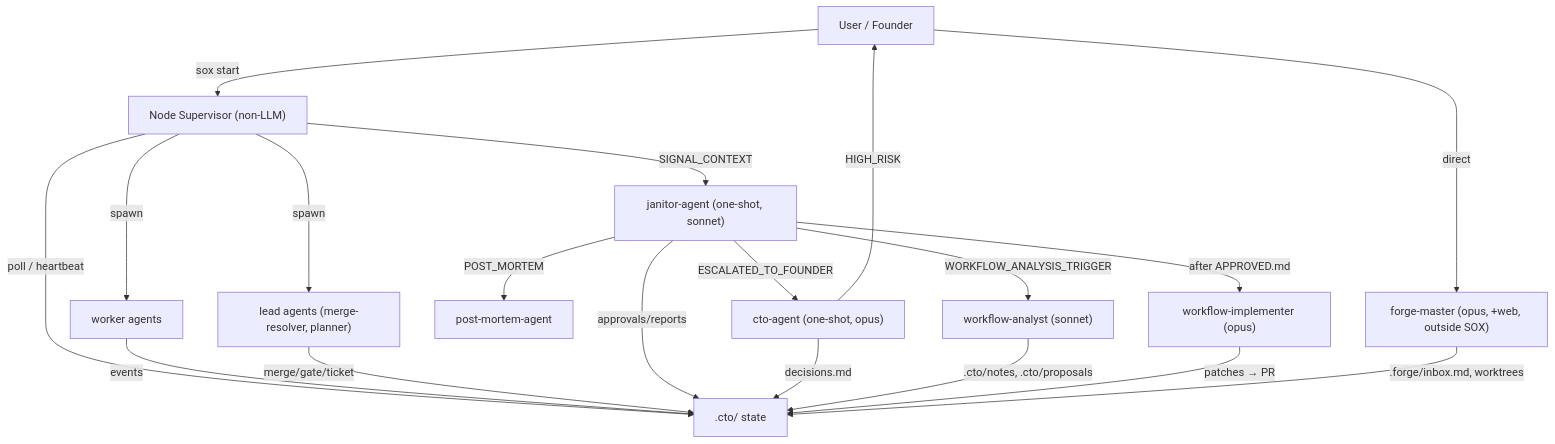
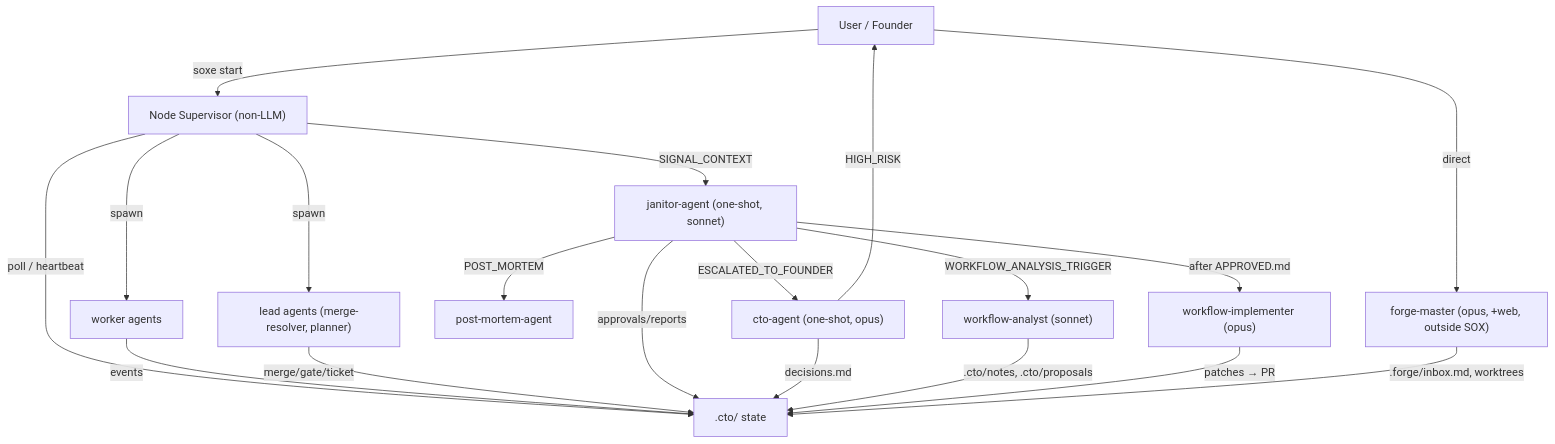
Before and after one commit to PseudoSky/sox: the first of 2 diagrams in .workflow/plans/sox-ecosystem/analysis.md, drawn with Mermaid. The commit also changed 205 other files, not shown here.

Commit message:
Correcting bin/sox to bin/soxe

````diff
--- a/.workflow/plans/sox-ecosystem/analysis.md
+++ b/.workflow/plans/sox-ecosystem/analysis.md
@@ -150,33 +150,33 @@
 ```mermaid
 flowchart TD
     User["User / Founder"]
     Supervisor["Node Supervisor (non-LLM)"]
     CTO_dir[".cto/ state"]
     Janitor["janitor-agent (one-shot, sonnet)"]
     CTO_agent["cto-agent (one-shot, opus)"]
     WA["workflow-analyst (sonnet)"]
     WI["workflow-implementer (opus)"]
     PostMortem["post-mortem-agent"]
     Workers["worker agents"]
     Leads["lead agents (merge-resolver, planner)"]
     Forge["forge-master (opus, +web, outside SOX)"]
 
-    User -->|"sox start"| Supervisor
+    User -->|"soxe start"| Supervisor
     Supervisor -->|"poll / heartbeat"| CTO_dir
     Supervisor -->|"SIGNAL_CONTEXT"| Janitor
     Supervisor -->|"spawn"| Workers
     Supervisor -->|"spawn"| Leads
     Workers -->|"events"| CTO_dir
     Leads -->|"merge/gate/ticket"| CTO_dir
     Janitor -->|"approvals/reports"| CTO_dir
     Janitor -->|"ESCALATED_TO_FOUNDER"| CTO_agent
     Janitor -->|"WORKFLOW_ANALYSIS_TRIGGER"| WA
     Janitor -->|"POST_MORTEM"| PostMortem
     Janitor -->|"after APPROVED.md"| WI
     CTO_agent -->|"decisions.md"| CTO_dir
     CTO_agent -->|"HIGH_RISK"| User
     WA -->|".cto/notes, .cto/proposals"| CTO_dir
     WI -->|"patches → PR"| CTO_dir
     User -->|"direct"| Forge
     Forge -->|".forge/inbox.md, worktrees"| CTO_dir
 ```
````
